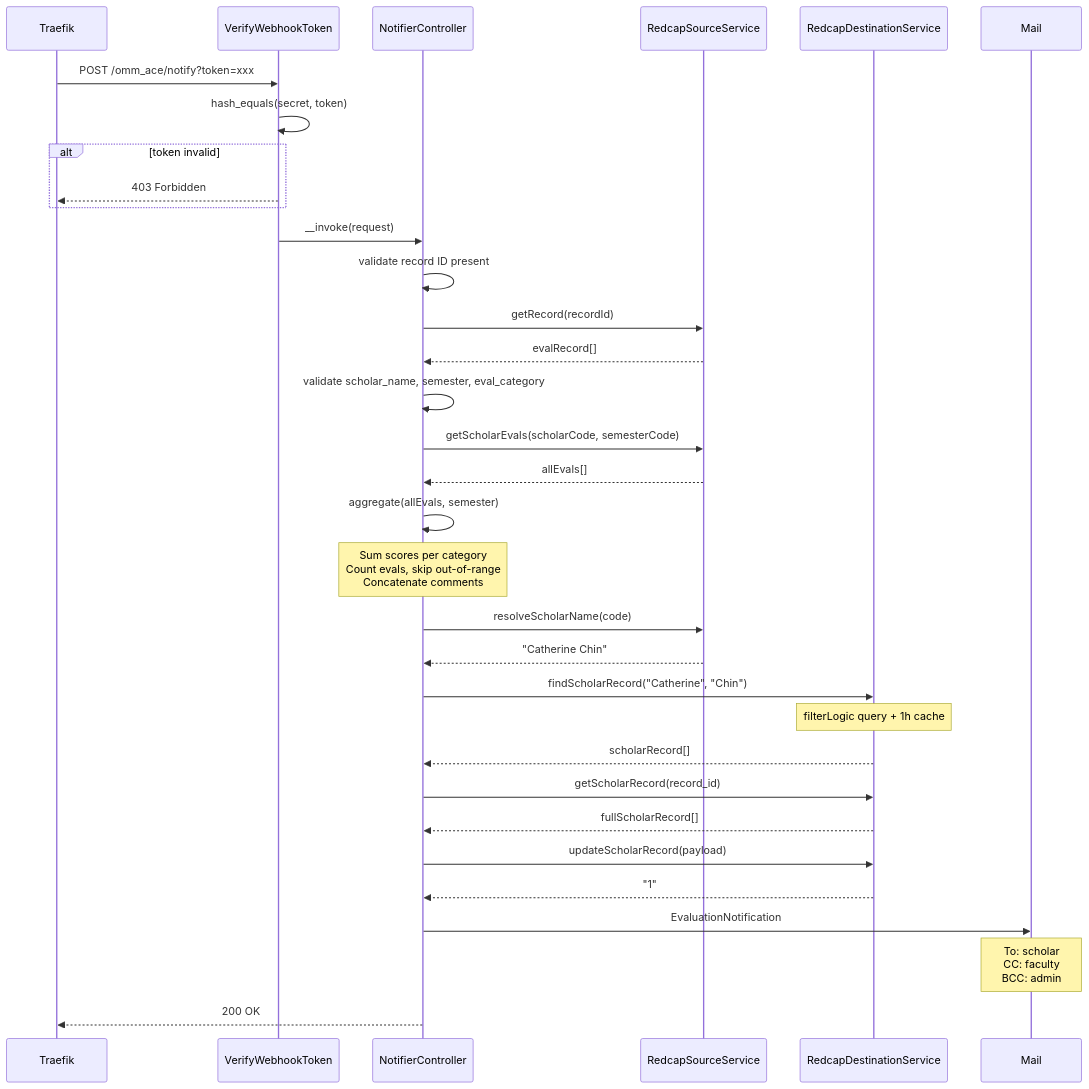
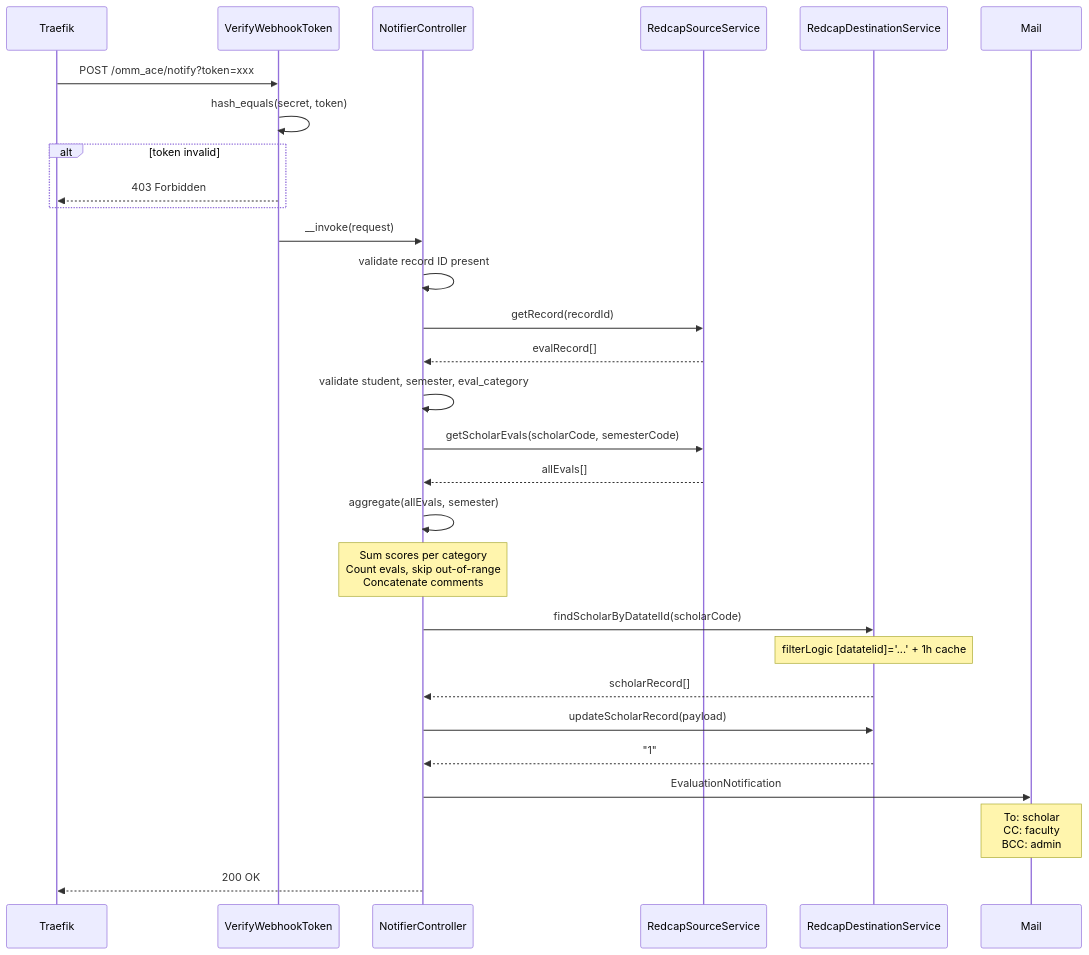
Before and after one commit to com-atg/OMM-SE: the fourth of 5 diagrams in Docs/architecture.md, drawn with Mermaid. The commit also changed other lines of this file and 15 other files, not shown here.

Commit message:
Refactor NotifierController and related services to use `student` (datatelid) instead of `scholar_name`, and remove name resolution logic.

````diff
--- a/Docs/architecture.md
+++ b/Docs/architecture.md
@@ -117,47 +115,41 @@
 ```mermaid
 sequenceDiagram
     participant TR as Traefik
     participant MW as VerifyWebhookToken
     participant NC as NotifierController
     participant SRC as RedcapSourceService
     participant DST as RedcapDestinationService
     participant MAIL as Mail
 
     TR->>MW: POST /omm_ace/notify?token=xxx
     MW->>MW: hash_equals(secret, token)
     alt token invalid
         MW-->>TR: 403 Forbidden
     end
 
     MW->>NC: __invoke(request)
     NC->>NC: validate record ID present
 
     NC->>SRC: getRecord(recordId)
     SRC-->>NC: evalRecord[]
 
-    NC->>NC: validate scholar_name, semester, eval_category
+    NC->>NC: validate student, semester, eval_category
 
     NC->>SRC: getScholarEvals(scholarCode, semesterCode)
     SRC-->>NC: allEvals[]
 
     NC->>NC: aggregate(allEvals, semester)
     Note over NC: Sum scores per category<br/>Count evals, skip out-of-range<br/>Concatenate comments
 
-    NC->>SRC: resolveScholarName(code)
-    SRC-->>NC: "Catherine Chin"
-
-    NC->>DST: findScholarRecord("Catherine", "Chin")
-    Note over DST: filterLogic query + 1h cache
+    NC->>DST: findScholarByDatatelId(scholarCode)
+    Note over DST: filterLogic [datatelid]='...' + 1h cache
     DST-->>NC: scholarRecord[]
-
-    NC->>DST: getScholarRecord(record_id)
-    DST-->>NC: fullScholarRecord[]
 
     NC->>DST: updateScholarRecord(payload)
     DST-->>NC: "1"
 
     NC->>MAIL: EvaluationNotification
     Note over MAIL: To: scholar<br/>CC: faculty<br/>BCC: admin
 
     NC-->>TR: 200 OK
 ```
````
